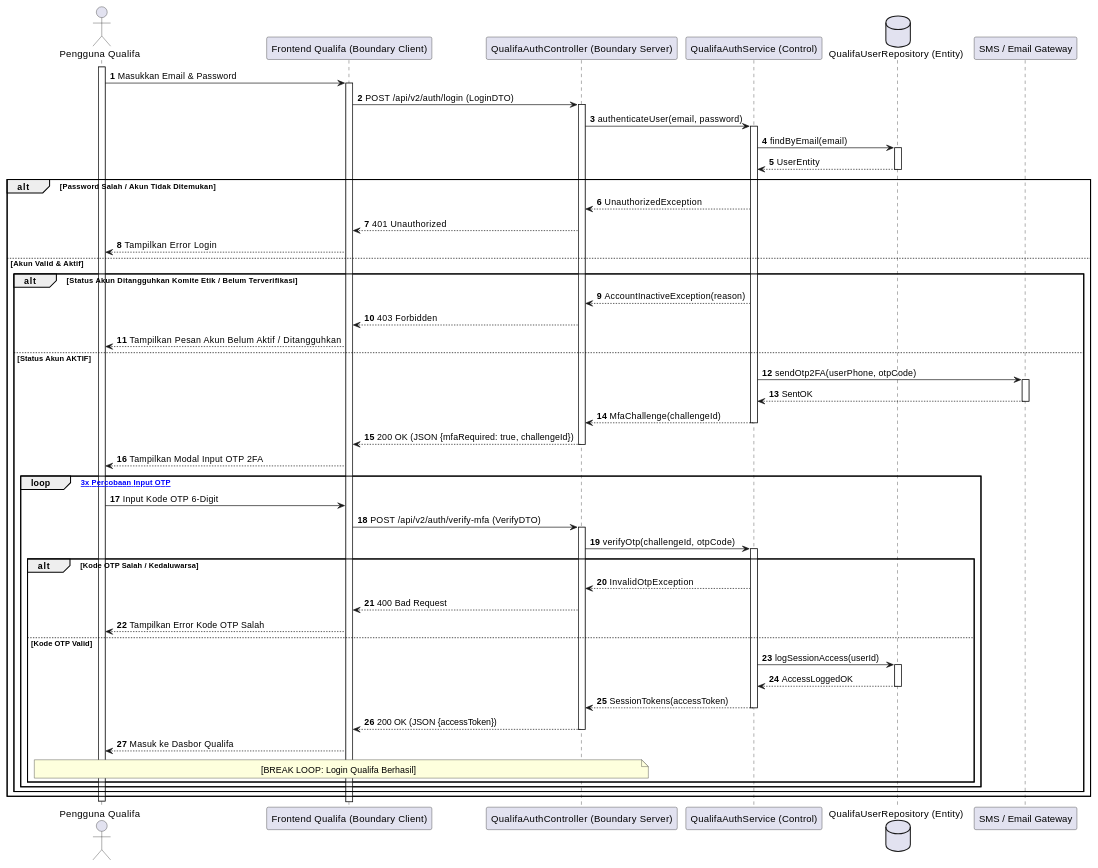
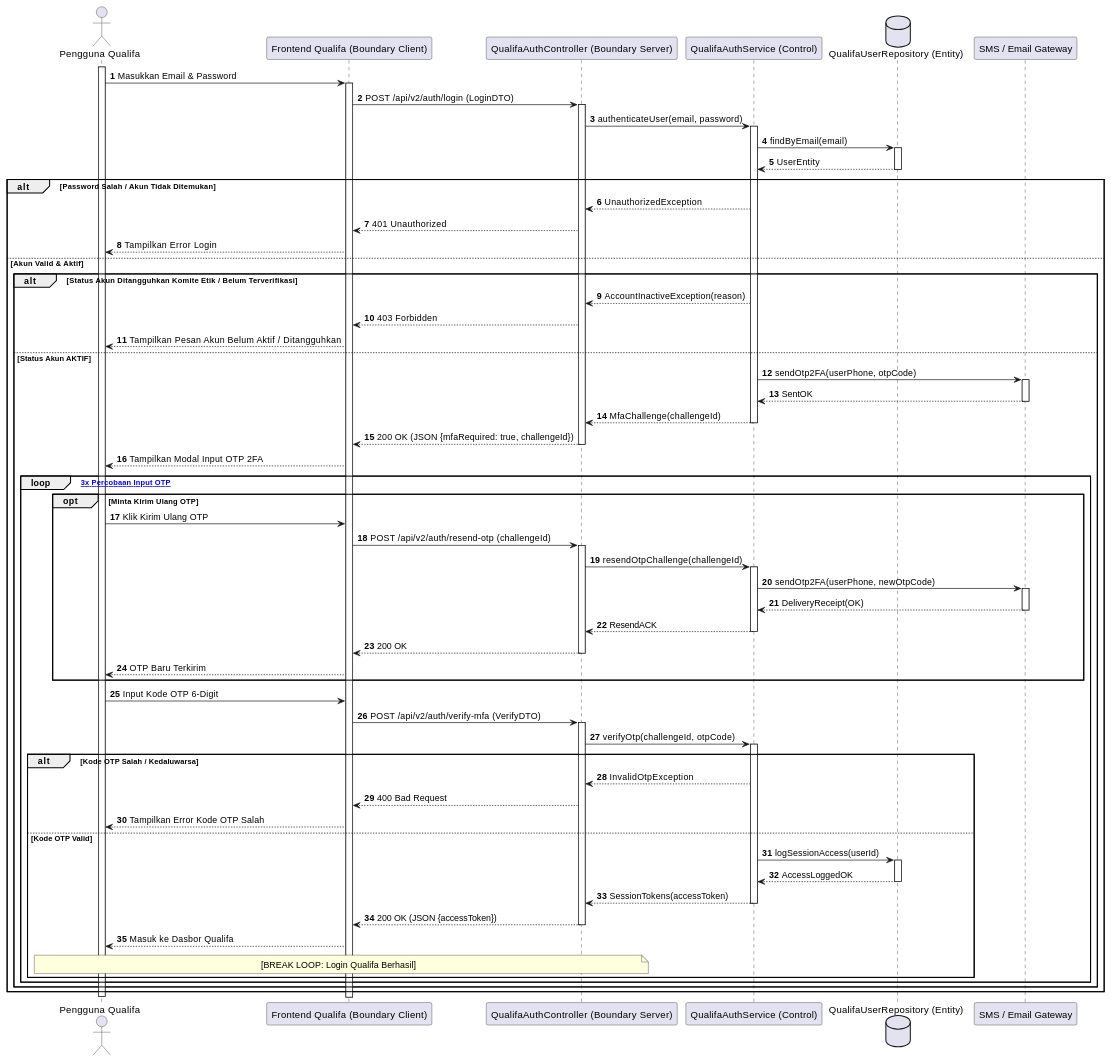
Before and after one commit to tupperwureism/SuperApp-Gagal: diagram 18 of 28 in MarkDown/plantuml_sequence_diagrams.md, drawn with PlantUML. The commit also changed other lines of this file and 2 other files, not shown here.

Commit message:
fix(docs): achieve 0 missing conditions across all 28 Sequence Diagrams vs Activity Diagrams

````diff
--- a/MarkDown/plantuml_sequence_diagrams.md
+++ b/MarkDown/plantuml_sequence_diagrams.md
@@ -1030,56 +1047,67 @@
 ```plantuml
 @startuml
 autonumber
 actor "Pengguna Qualifa" as User
 participant "Frontend Qualifa (Boundary Client)" as B_FE
 participant "QualifaAuthController (Boundary Server)" as B_BE
 participant "QualifaAuthService (Control)" as C_Svc
 database "QualifaUserRepository (Entity)" as E_DB
 participant "SMS / Email Gateway" as SMS
 
 activate User
 User -> B_FE ++ : Masukkan Email & Password
 B_FE -> B_BE ++ : POST /api/v2/auth/login (LoginDTO)
 B_BE -> C_Svc ++ : authenticateUser(email, password)
 C_Svc -> E_DB ++ : findByEmail(email)
 E_DB --> C_Svc -- : UserEntity
 
 alt Password Salah / Akun Tidak Ditemukan
     C_Svc --> B_BE : UnauthorizedException
     B_BE --> B_FE : 401 Unauthorized
     B_FE --> User : Tampilkan Error Login
 else Akun Valid & Aktif
     alt Status Akun Ditangguhkan Komite Etik / Belum Terverifikasi
         C_Svc --> B_BE : AccountInactiveException(reason)
         B_BE --> B_FE : 403 Forbidden
         B_FE --> User : Tampilkan Pesan Akun Belum Aktif / Ditangguhkan
     else Status Akun AKTIF
         C_Svc -> SMS ++ : sendOtp2FA(userPhone, otpCode)
         SMS --> C_Svc -- : SentOK
         C_Svc --> B_BE -- : MfaChallenge(challengeId)
         B_BE --> B_FE -- : 200 OK (JSON {mfaRequired: true, challengeId})
         B_FE --> User : Tampilkan Modal Input OTP 2FA
 
         loop [Maksimal 3x Percobaan Input OTP]
+            opt Minta Kirim Ulang OTP
+                User -> B_FE : Klik Kirim Ulang OTP
+                B_FE -> B_BE ++ : POST /api/v2/auth/resend-otp (challengeId)
+                B_BE -> C_Svc ++ : resendOtpChallenge(challengeId)
+                C_Svc -> SMS ++ : sendOtp2FA(userPhone, newOtpCode)
+                SMS --> C_Svc -- : DeliveryReceipt(OK)
+                C_Svc --> B_BE -- : ResendACK
+                B_BE --> B_FE -- : 200 OK
+                B_FE --> User : OTP Baru Terkirim
+            end
+
             User -> B_FE : Input Kode OTP 6-Digit
             B_FE -> B_BE ++ : POST /api/v2/auth/verify-mfa (VerifyDTO)
             B_BE -> C_Svc ++ : verifyOtp(challengeId, otpCode)
 
             alt Kode OTP Salah / Kedaluwarsa
                 C_Svc --> B_BE : InvalidOtpException
                 B_BE --> B_FE : 400 Bad Request
                 B_FE --> User : Tampilkan Error Kode OTP Salah
             else Kode OTP Valid
                 C_Svc -> E_DB ++ : logSessionAccess(userId)
                 E_DB --> C_Svc -- : AccessLoggedOK
                 C_Svc --> B_BE -- : SessionTokens(accessToken)
                 B_BE --> B_FE -- : 200 OK (JSON {accessToken})
                 B_FE --> User : Masuk ke Dasbor Qualifa
                 note over User, B_BE : [BREAK LOOP: Login Qualifa Berhasil]
             end
         end
     end
 end
 deactivate User
 @enduml
 ```
````
